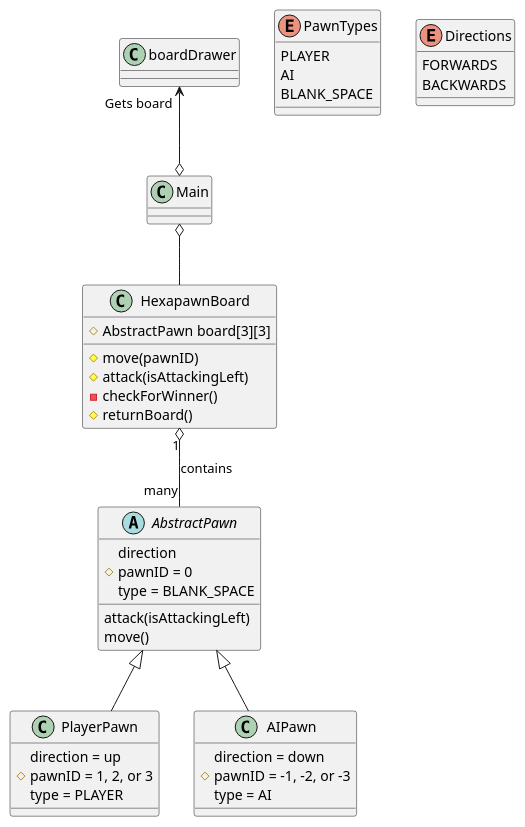
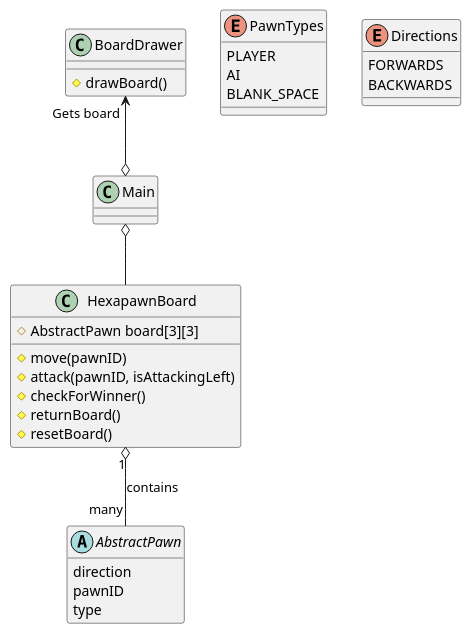
Before and after one commit to builderJP/hexapawn: the diagram in src/HexapawnClassDiagram.puml, drawn with PlantUML. The commit also changed 6 other files, not shown here.

Commit message:
Chore/Refactor: Adjusted Class Diagram/created class stubs

```diff
--- a/src/HexapawnClassDiagram.puml
+++ b/src/HexapawnClassDiagram.puml
@@ -1,58 +1,63 @@
 @startuml
 'https://plantuml.com/class-diagram
 
 
 abstract class AbstractPawn{
     direction
-    # {field} pawnID = 0
-    type = BLANK_SPACE
+    {field} pawnID
+    type
     attack(isAttackingLeft)
     move()
 }
 
 class PlayerPawn{
     direction = up
     # pawnID = 1, 2, or 3
     type = PLAYER
 }
 
 class AIPawn{
     direction = down
     # pawnID = -1, -2, or -3
     type = AI
 }
 
 class HexapawnBoard{
     # AbstractPawn board[3][3]
     # move(pawnID)
-    # attack(isAttackingLeft)
-    - checkForWinner()
+    # attack(pawnID, isAttackingLeft)
+    # checkForWinner()
     # returnBoard()
+    # resetBoard()
 }
 
-class boardDrawer{
-
+class BoardDrawer{
+    # drawBoard()
 }
 
 class Main{
 
 }
 
 enum PawnTypes{
     PLAYER
     AI
     BLANK_SPACE
 }
 
 enum Directions{
     FORWARDS
     BACKWARDS
 }
 
-boardDrawer "Gets board" <--o Main
+BoardDrawer "Gets board" <--o Main
 Main o-- HexapawnBoard
 HexapawnBoard "1" o-- "many" AbstractPawn : contains
 AbstractPawn <|-- PlayerPawn
 AbstractPawn <|-- AIPawn
 
+hide PlayerPawn
+hide AIPawn
+hide AbstractPawn methods
+
 @enduml
```
